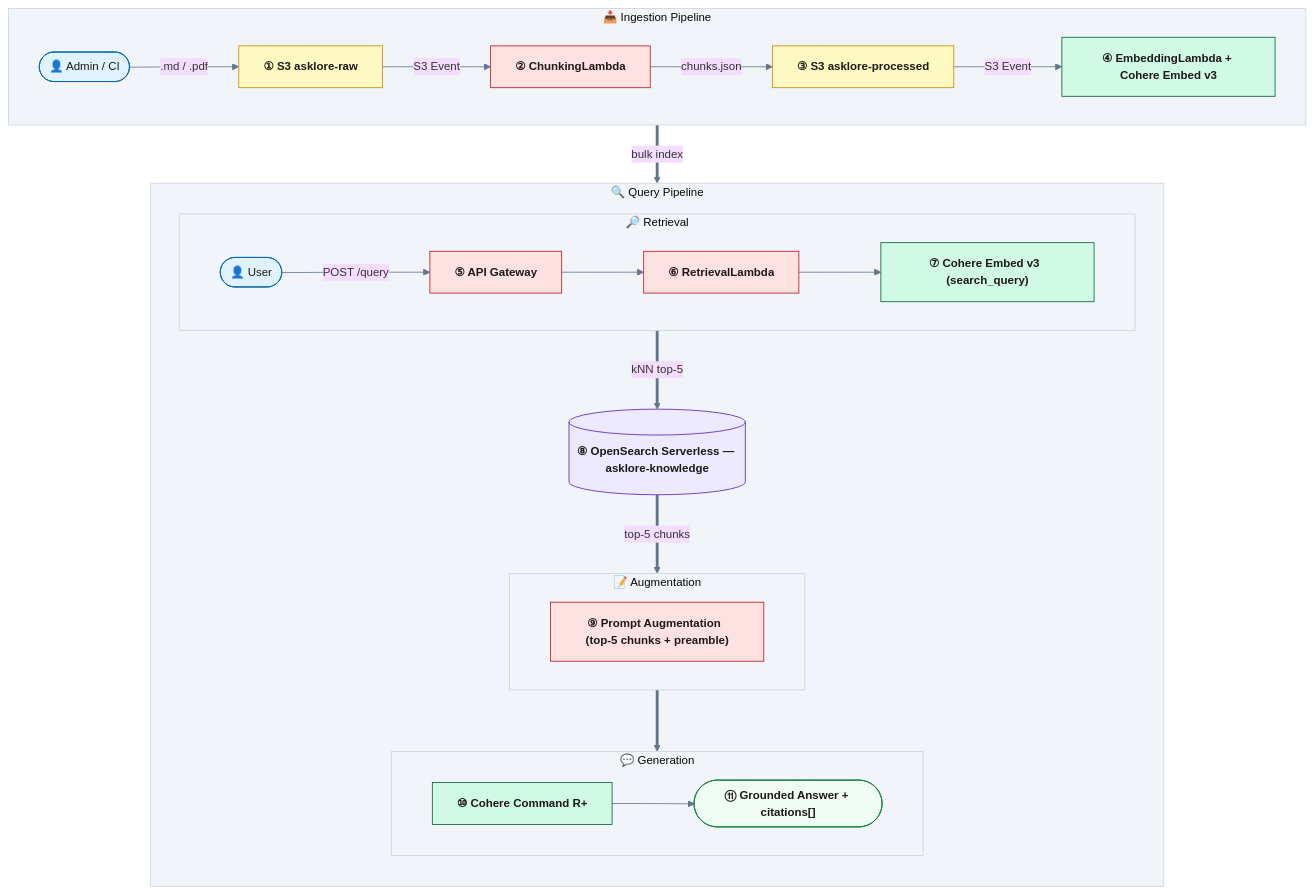
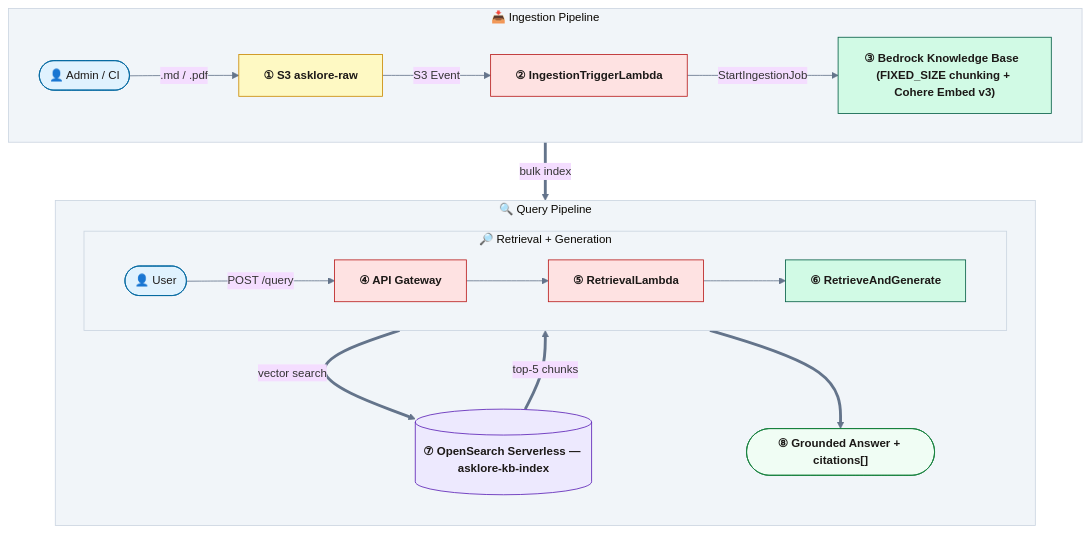
One commit to Sunilrana1978/AskLore changed the diagram in README.md. Above: the diagram before and after it, drawn with Mermaid. The commit also changed other lines of this file and 20 other files, not shown here.

First line of the commit message:
Replace custom chunking/embedding Lambdas with Bedrock Knowledge Base

````diff
--- a/README.md
+++ b/README.md
@@ -9,49 +9,39 @@
 ```mermaid
 %%{init: {'theme': 'base', 'themeVariables': {'clusterBkg': '#F1F5F9', 'clusterBorder': '#CBD5E1', 'lineColor': '#64748B', 'fontSize': '14px'}}}%%
 flowchart TB
 
     classDef s3      fill:#FEF9C3,stroke:#CA8A04,color:#1C1917,font-weight:bold
     classDef lambda  fill:#FEE2E2,stroke:#B91C1C,color:#1C1917,font-weight:bold
     classDef bedrock fill:#D1FAE5,stroke:#065F46,color:#1C1917,font-weight:bold
     classDef os      fill:#EDE9FE,stroke:#5B21B6,color:#1C1917,font-weight:bold
     classDef person  fill:#E0F2FE,stroke:#0369A1,color:#1C1917
     classDef output  fill:#F0FDF4,stroke:#15803D,color:#1C1917,font-weight:bold
 
     subgraph ING["📥  Ingestion Pipeline"]
         direction LR
         UADM(["👤 Admin / CI"]):::person
         RAWB["① S3  asklore-raw"]:::s3
-        CLMB["② ChunkingLambda"]:::lambda
-        PROC["③ S3  asklore-processed"]:::s3
-        EMBL["④ EmbeddingLambda + Cohere Embed v3"]:::bedrock
-        UADM -->|.md / .pdf| RAWB -->|S3 Event| CLMB -->|chunks.json| PROC -->|S3 Event| EMBL
+        TRIG["② IngestionTriggerLambda"]:::lambda
+        KB["③ Bedrock Knowledge Base  (FIXED_SIZE chunking + Cohere Embed v3)"]:::bedrock
+        UADM -->|.md / .pdf| RAWB -->|S3 Event| TRIG -->|StartIngestionJob| KB
     end
 
     subgraph QRY["🔍  Query Pipeline"]
         direction TB
-        subgraph RET["🔎  Retrieval"]
+        subgraph RET["🔎  Retrieval + Generation"]
             direction LR
             UQRY(["👤 User"]):::person
-            APIG["⑤ API Gateway"]:::lambda
-            RLMB["⑥ RetrievalLambda"]:::lambda
-            CEMB["⑦ Cohere Embed v3  (search_query)"]:::bedrock
-            UQRY -->|POST /query| APIG --> RLMB --> CEMB
+            APIG["④ API Gateway"]:::lambda
+            RLMB["⑤ RetrievalLambda"]:::lambda
+            RAG["⑥ RetrieveAndGenerate"]:::bedrock
+            UQRY -->|POST /query| APIG --> RLMB --> RAG
         end
-        OSLS[("⑧ OpenSearch Serverless — asklore-knowledge")]:::os
-        subgraph AUG["📝  Augmentation"]
-            direction LR
-            PAUG["⑨ Prompt Augmentation  (top-5 chunks + preamble)"]:::lambda
-        end
-        subgraph GEN["💬  Generation"]
-            direction LR
-            GLLM["⑩ Cohere Command R+"]:::bedrock
-            GOUT(["⑪ Grounded Answer + citations[]"]):::output
-            GLLM --> GOUT
-        end
-        CEMB ==>|kNN top-5| OSLS
-        OSLS ==>|top-5 chunks| PAUG
-        PAUG ==> GLLM
+        OSLS[("⑦ OpenSearch Serverless — asklore-kb-index")]:::os
+        GOUT(["⑧ Grounded Answer + citations[]"]):::output
+        RAG ==>|vector search| OSLS
+        OSLS ==>|top-5 chunks| RAG
+        RAG ==> GOUT
     end
 
-    EMBL ==>|bulk index| OSLS
+    KB ==>|bulk index| OSLS
 ```
````
